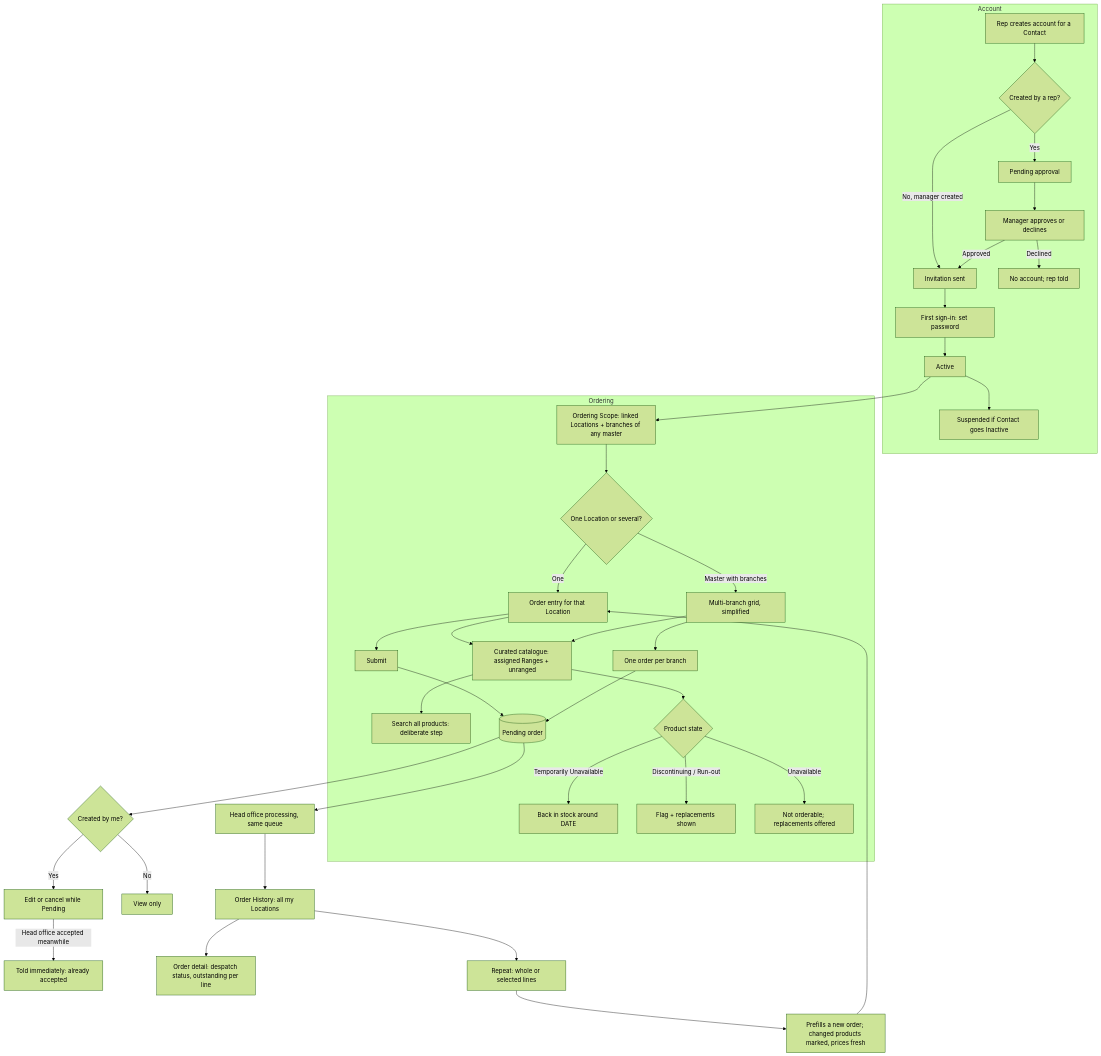
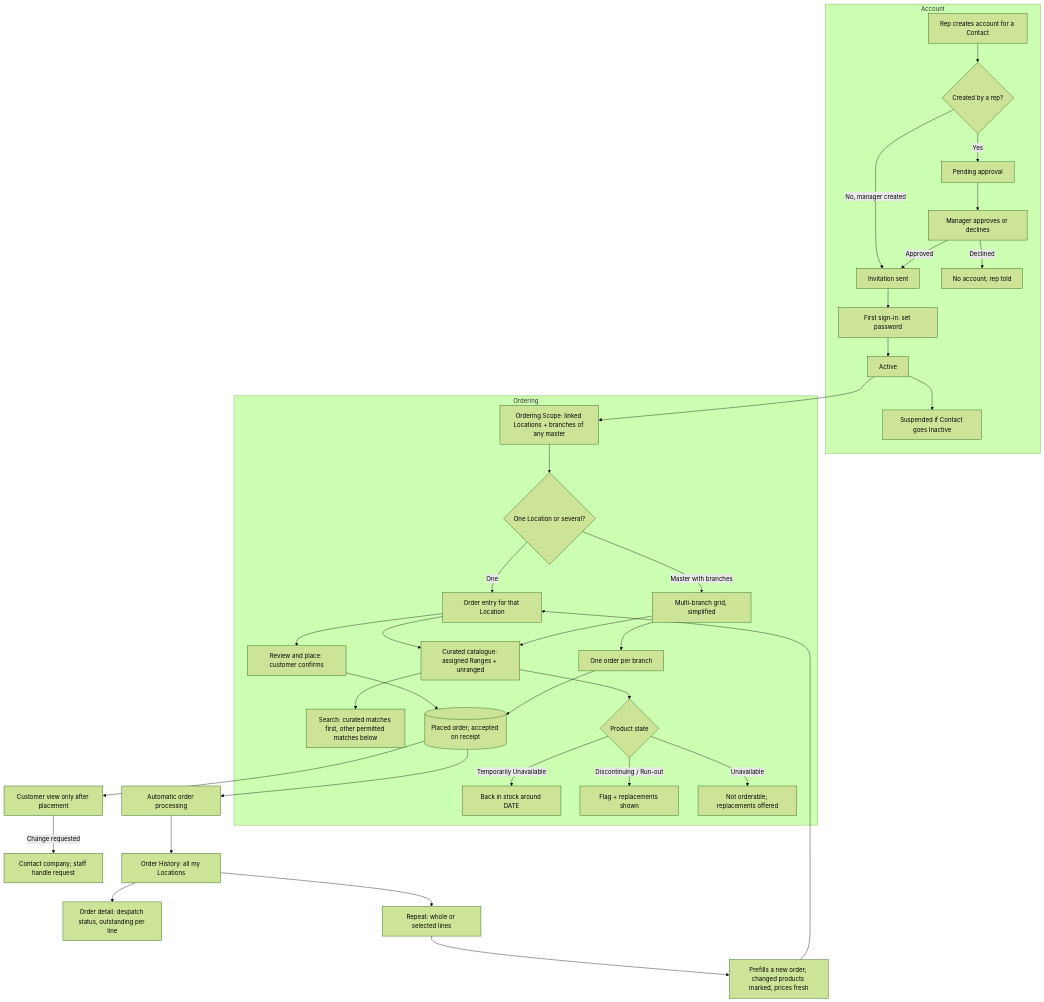
Before and after one commit to ColmKenna/field_sales_stories: the diagram in plan_docs/stories/self-service.md, drawn with Mermaid (forest theme). The commit also changed other lines of this file and 9 other files, not shown here.

````diff
--- a/plan_docs/stories/self-service.md
+++ b/plan_docs/stories/self-service.md
@@ -87,38 +89,36 @@
 ```mermaid
 flowchart TD
     subgraph Account
         Rep[Rep creates account for a Contact] --> App{Created by a rep?}
         App -->|Yes| Pend[Pending approval] --> Mgr[Manager approves or declines]
         App -->|No, manager created| Inv
         Mgr -->|Approved| Inv[Invitation sent]
         Mgr -->|Declined| Gone[No account; rep told]
         Inv --> First[First sign-in: set password] --> Active[Active]
         Active --> Susp[Suspended if Contact goes Inactive]
     end
 
     subgraph Ordering
         Active --> Scope[Ordering Scope: linked Locations + branches of any master]
         Scope --> Pick{One Location or several?}
         Pick -->|One| Single[Order entry for that Location]
         Pick -->|Master with branches| Grid[Multi-branch grid, simplified]
         Single --> Cat[Curated catalogue: assigned Ranges + unranged]
         Grid --> Cat
-        Cat --> Wider[Search all products: deliberate step]
+        Cat --> Search[Search: curated matches first, other permitted matches below]
         Cat --> Avail{Product state}
         Avail -->|Temporarily Unavailable| Back[Back in stock around DATE]
         Avail -->|Discontinuing / Run-out| Repl[Flag + replacements shown]
         Avail -->|Unavailable| NoOrd[Not orderable; replacements offered]
-        Single --> Submit[Submit] --> Pending[(Pending order)]
+        Single --> Submit[Review and place: customer confirms] --> Pending[(Placed order; accepted on receipt)]
         Grid --> Split[One order per branch] --> Pending
     end
 
-    Pending --> HO[Head office processing, same queue]
-    Pending --> Mine{Created by me?}
-    Mine -->|Yes| Edit[Edit or cancel while Pending]
-    Mine -->|No| RO[View only]
-    Edit -->|Head office accepted meanwhile| Told[Told immediately: already accepted]
+    Pending --> HO[Automatic order processing]
+    Pending --> RO[Customer view only after placement]
+    RO -->|Change requested| Contact[Contact company; staff handle request]
 
     HO --> Hist[Order History: all my Locations]
     Hist --> Det[Order detail: despatch status, outstanding per line]
     Hist --> Rpt[Repeat: whole or selected lines] --> Prefill[Prefills a new order; changed products marked, prices fresh] --> Single
 ```
````
